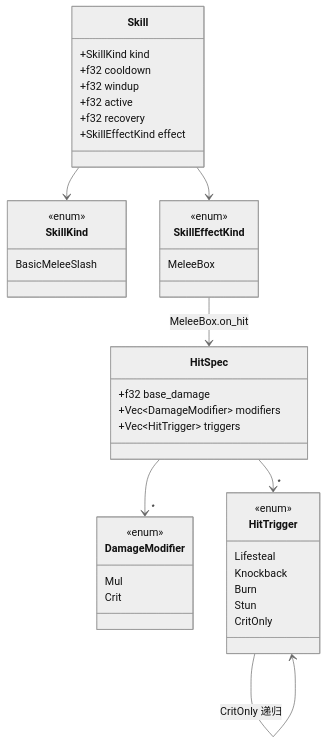
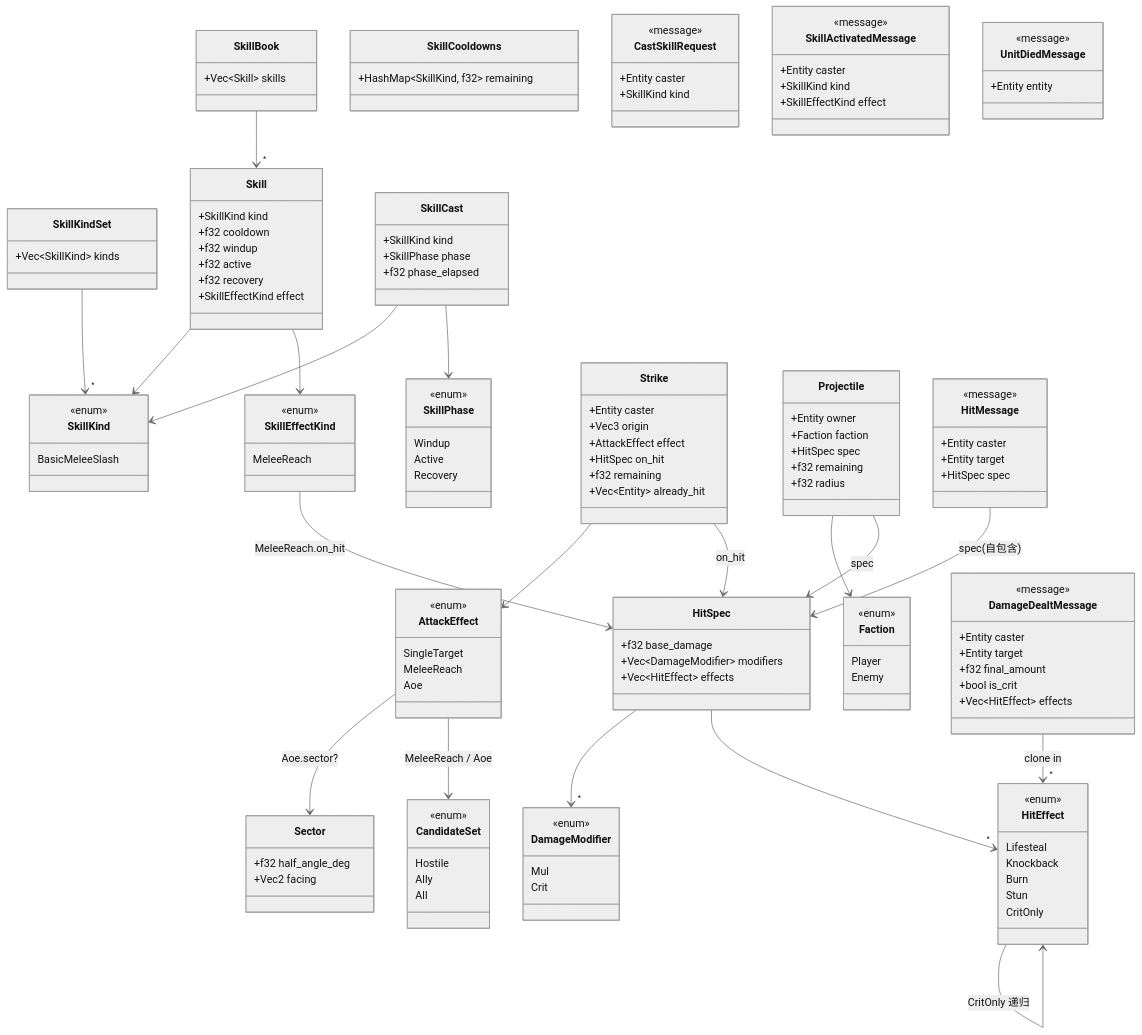
One commit to seekerlee/percussion changed the second of 12 diagrams in doc/skill-system.md. Above: the diagram before and after it, drawn with Mermaid (neutral theme). The commit also changed other lines of this file, not shown here.

Commit message:
重写 doc/skill-system.md：同步到当前 Strike / CandidateSet / DamagePipeline

````diff
--- a/doc/skill-system.md
+++ b/doc/skill-system.md
@@ -93,8 +123,12 @@
 ```mermaid
 classDiagram
+    %% --- 意图 / 缓存 ---
     class SkillKind {
         <<enum>>
         BasicMeleeSlash
+    }
+    class SkillKindSet {
+        +Vec~SkillKind~ kinds
     }
     class Skill {
         +SkillKind kind
@@ -106,19 +140,89 @@
     }
     class SkillEffectKind {
         <<enum>>
-        MeleeBox
+        MeleeReach
+    }
+    class SkillBook {
+        +Vec~Skill~ skills
+    }
+    class SkillCooldowns {
+        +HashMap~SkillKind, f32~ remaining
+    }
+
+    %% --- 状态机 ---
+    class SkillPhase {
+        <<enum>>
+        Windup
+        Active
+        Recovery
+    }
+    class SkillCast {
+        +SkillKind kind
+        +SkillPhase phase
+        +f32 phase_elapsed
+    }
+    class CastSkillRequest {
+        <<message>>
+        +Entity caster
+        +SkillKind kind
+    }
+    class SkillActivatedMessage {
+        <<message>>
+        +Entity caster
+        +SkillKind kind
+        +SkillEffectKind effect
+    }
+
+    %% --- 命中产源 ---
+    class Strike {
+        +Entity caster
+        +Vec3 origin
+        +AttackEffect effect
+        +HitSpec on_hit
+        +f32 remaining
+        +Vec~Entity~ already_hit
+    }
+    class AttackEffect {
+        <<enum>>
+        SingleTarget
+        MeleeReach
+        Aoe
+    }
+    class Sector {
+        +f32 half_angle_deg
+        +Vec2 facing
+    }
+    class CandidateSet {
+        <<enum>>
+        Hostile
+        Ally
+        All
+    }
+    class Projectile {
+        +Entity owner
+        +Faction faction
+        +HitSpec spec
+        +f32 remaining
+        +f32 radius
+    }
+
+    %% --- 命中数据 ---
+    class Faction {
+        <<enum>>
+        Player
+        Enemy
     }
     class HitSpec {
         +f32 base_damage
         +Vec~DamageModifier~ modifiers
-        +Vec~HitTrigger~ triggers
+        +Vec~HitEffect~ effects
     }
     class DamageModifier {
         <<enum>>
         Mul
         Crit
     }
-    class HitTrigger {
+    class HitEffect {
         <<enum>>
         Lifesteal
         Knockback
@@ -126,11 +230,44 @@
         Stun
         CritOnly
     }
+    class HitMessage {
+        <<message>>
+        +Entity caster
+        +Entity target
+        +HitSpec spec
+    }
 
+    %% --- 结算消息 ---
+    class DamageDealtMessage {
+        <<message>>
+        +Entity caster
+        +Entity target
+        +f32 final_amount
+        +bool is_crit
+        +Vec~HitEffect~ effects
+    }
+    class UnitDiedMessage {
+        <<message>>
+        +Entity entity
+    }
+
+    %% --- 关系 ---
+    SkillKindSet --> "*" SkillKind
+    SkillBook --> "*" Skill
     Skill --> SkillKind
     Skill --> SkillEffectKind
-    SkillEffectKind --> HitSpec : MeleeBox.on_hit
+    SkillEffectKind --> HitSpec : MeleeReach.on_hit
+    SkillCast --> SkillKind
+    SkillCast --> SkillPhase
+    Strike --> AttackEffect
+    Strike --> HitSpec : on_hit
+    AttackEffect --> Sector : Aoe.sector?
+    AttackEffect --> CandidateSet : MeleeReach / Aoe
+    Projectile --> Faction
+    Projectile --> HitSpec : spec
     HitSpec --> "*" DamageModifier
-    HitSpec --> "*" HitTrigger
-    HitTrigger --> HitTrigger : CritOnly 递归
+    HitSpec --> "*" HitEffect
+    HitMessage --> HitSpec : spec(自包含)
+    DamageDealtMessage --> "*" HitEffect : clone in
+    HitEffect --> HitEffect : CritOnly 递归
 ```
````
